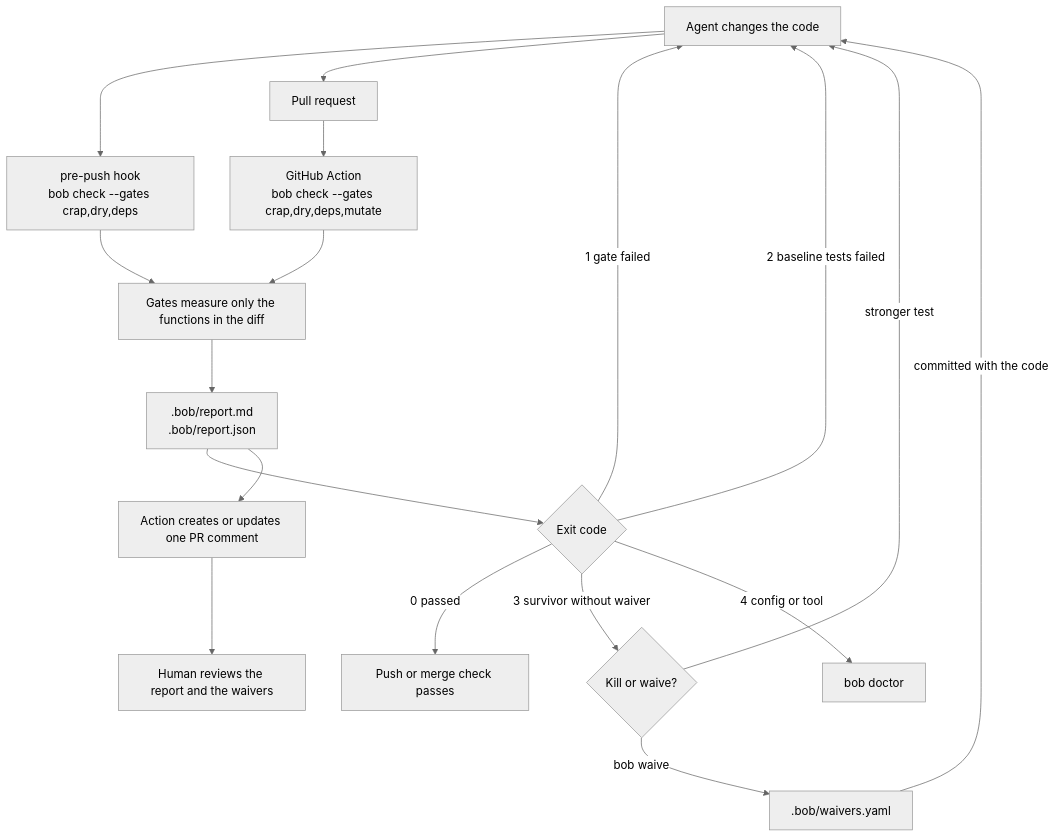
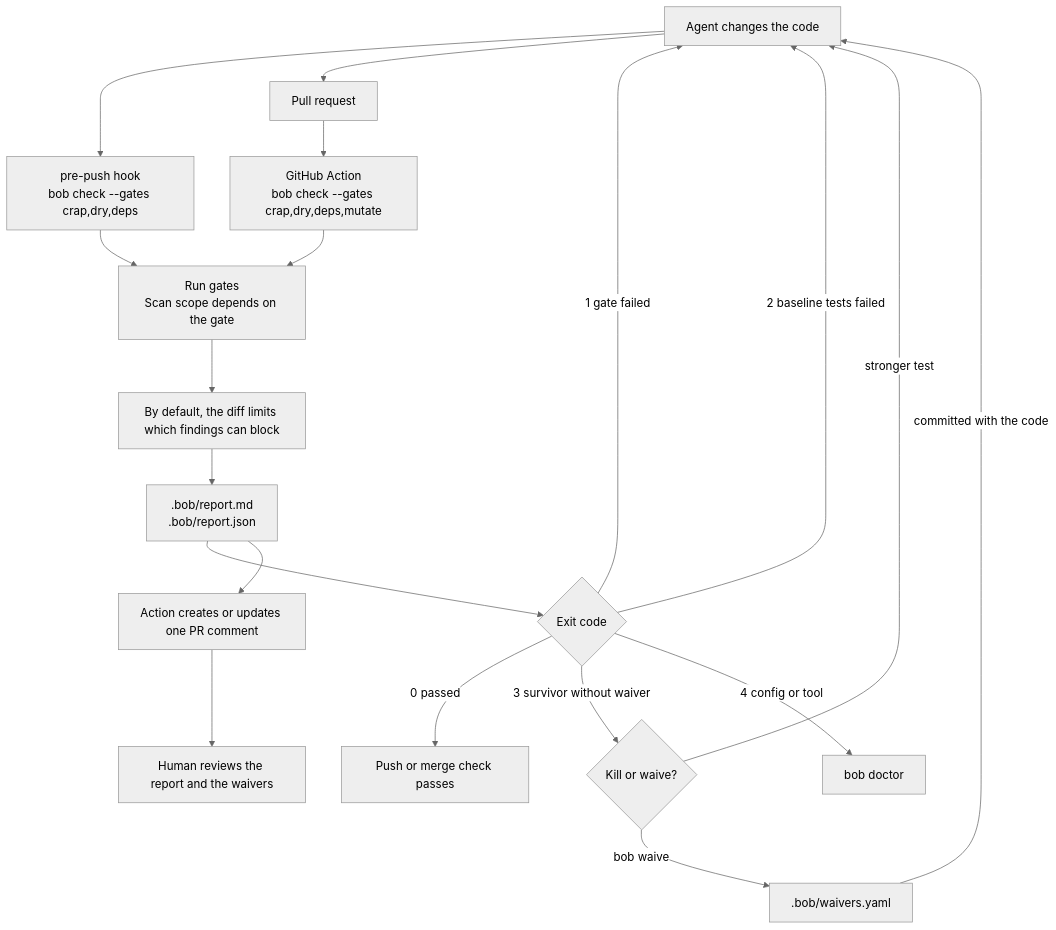
Before and after one commit to fazedordecodigo/bob: the diagram in README.md, drawn with Mermaid (neutral theme). The commit also changed other lines of this file and 1 other file, not shown here.

Commit message:
docs: distinguish gate scan scope from the diff verdict

````diff
--- a/README.md
+++ b/README.md
@@ -40,21 +40,22 @@
 ```mermaid
 flowchart TD
     agent["Agent changes the code"]
     agent --> hook["pre-push hook<br/>bob check --gates crap,dry,deps"]
     agent --> pr["Pull request"]
     pr --> action["GitHub Action<br/>bob check --gates crap,dry,deps,mutate"]
-    hook --> diff["Gates measure only the functions in the diff"]
-    action --> diff
+    hook --> measure["Run gates<br/>Scan scope depends on the gate"]
+    action --> measure
+    measure --> diff["By default, the diff limits which findings can block"]
     diff --> report[".bob/report.md<br/>.bob/report.json"]
     report --> code{"Exit code"}
     code -->|"0 passed"| done["Push or merge check passes"]
     code -->|"1 gate failed"| agent
     code -->|"2 baseline tests failed"| agent
     code -->|"3 survivor without waiver"| choice{"Kill or waive?"}
     code -->|"4 config or tool"| doctor["bob doctor"]
     choice -->|"stronger test"| agent
     choice -->|"bob waive"| waivers[".bob/waivers.yaml"]
     waivers -->|"committed with the code"| agent
     report --> comment["Action creates or updates one PR comment"]
     comment --> human["Human reviews the report and the waivers"]
 ```
````
